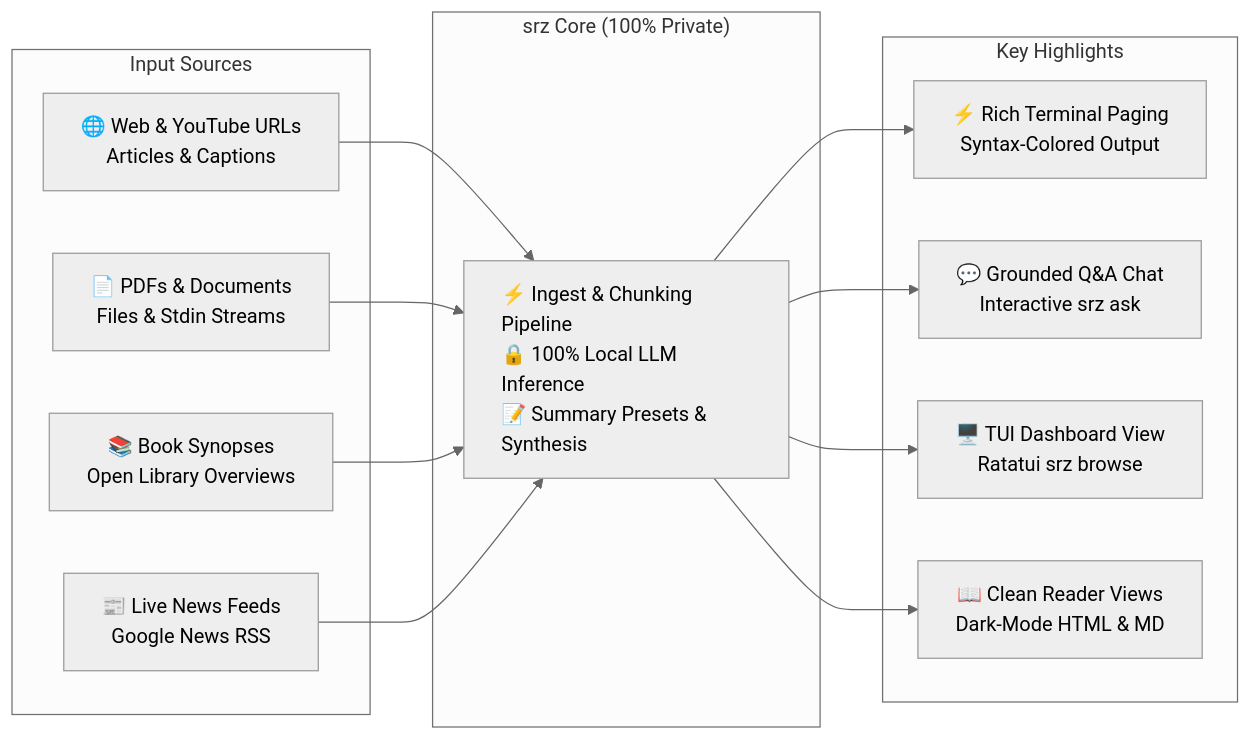
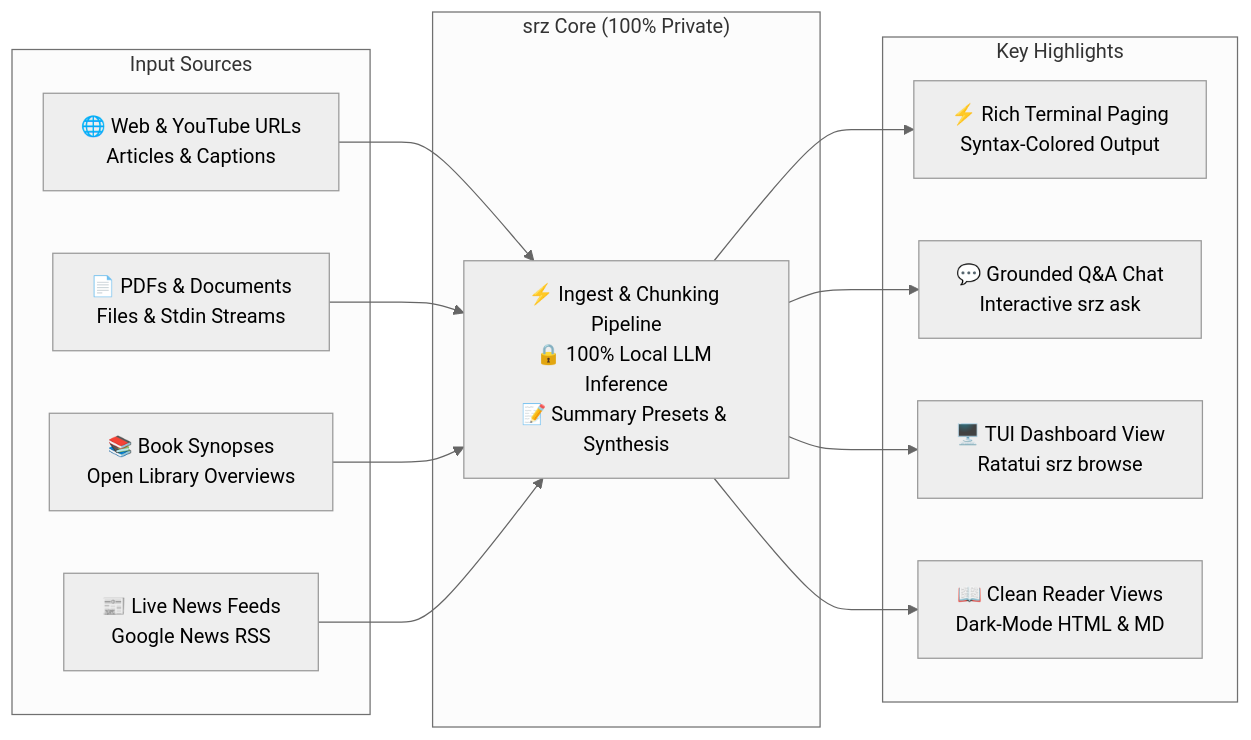
The diagram in README.md (NewGuy012/srz), drawn with Mermaid (neutral theme) before and after one commit.

Commit message:
docs: center flowchart headers and remove raw HTML tags

````diff
--- a/README.md
+++ b/README.md
@@ -19,31 +19,31 @@
 ```mermaid
 %%{init: {"flowchart": {"minNodeWidth": 210, "minNodeHeight": 54}}}%%
 flowchart LR
-    subgraph Sources["Input Sources"]
+    subgraph Sources["    Input Sources"]
         S1["🌐 Web & YouTube URLs\nArticles & Captions"]
         S2["📄 PDFs & Documents\nFiles & Stdin Streams"]
         S3["📚 Book Synopses\nOpen Library Overviews"]
         S4["📰 Live News Feeds\nGoogle News RSS"]
     end
 
-    subgraph Core["srz Core (100% Private)"]
-        C["<div style='text-align: left; margin: 0;'>⚡ Ingest & Chunking Pipeline<br/>🔒 100% Local LLM Inference<br/>📝 Summary Presets & Synthesis</div>"]
+    subgraph Core["  srz Core (100% Private)"]
+        C["⚡ Ingest & Chunking Pipeline\n🔒 100% Local LLM Inference\n📝 Summary Presets & Synthesis"]
     end
 
-    subgraph Highlights["Key Highlights"]
+    subgraph Highlights["   Key Highlights"]
         H1["⚡ Rich Terminal Paging\nSyntax-Colored Output"]
         H2["💬 Grounded Q&A Chat\nInteractive srz ask"]
         H3["🖥️ TUI Dashboard View\nRatatui srz browse"]
         H4["📖 Clean Reader Views\nDark-Mode HTML & MD"]
     end
 
     S1 --> C
     S2 --> C
     S3 --> C
     S4 --> C
 
     C --> H1
     C --> H2
     C --> H3
     C --> H4
 ```
````
